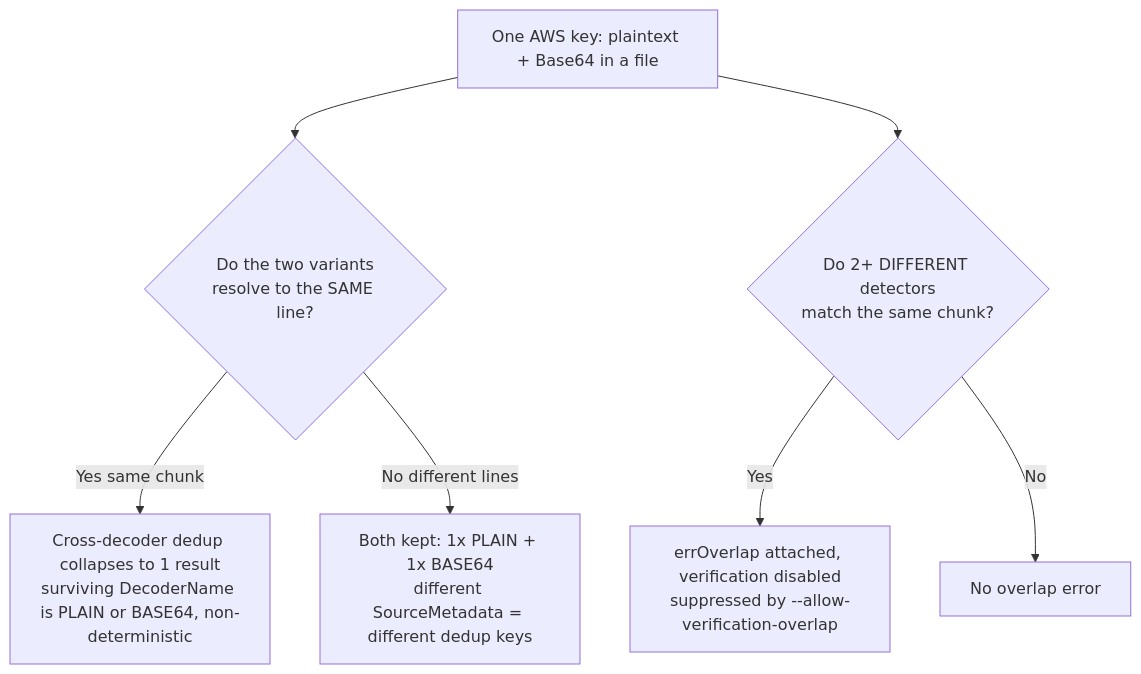
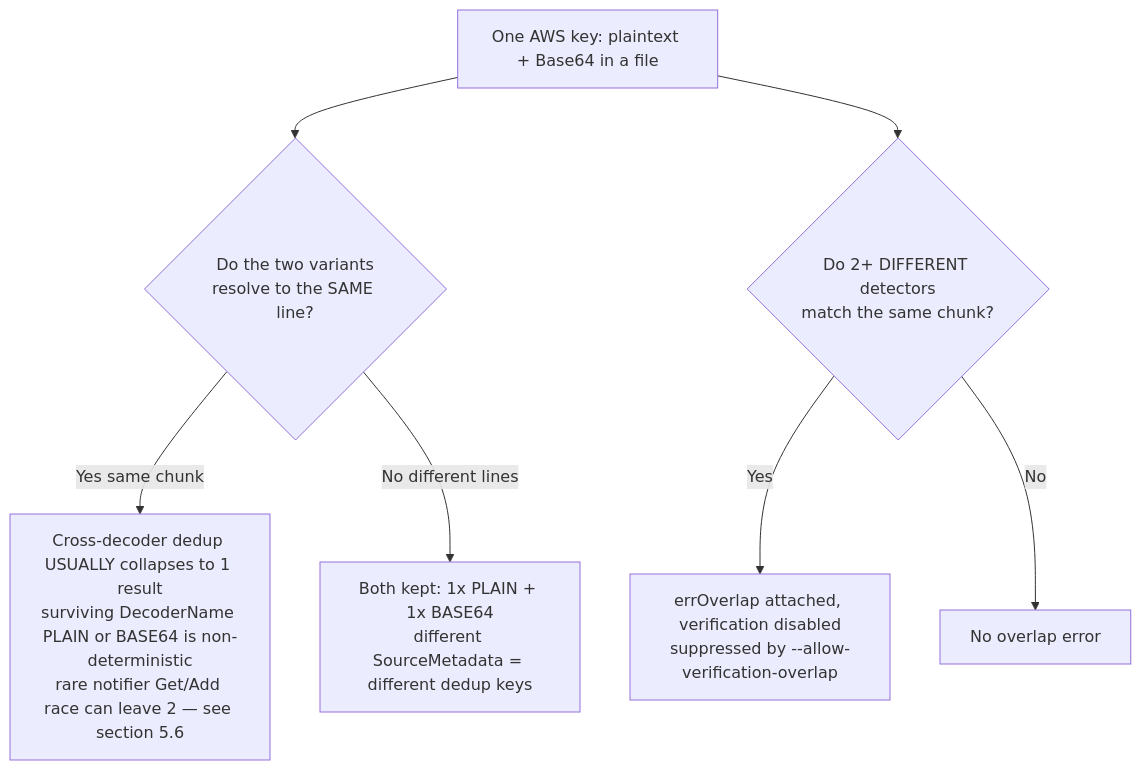
One commit to blitzy-research/trufflehog changed the second of 2 diagrams in blitzy/documentation/trufflehog_e42153d44a5e.md. Above: the diagram before and after it, drawn with Mermaid. The commit also changed other lines of this file, not shown here.

First line of the commit message:
docs: address review findings on TruffleHog decoder/overlap/dedup investigation

````diff
--- a/blitzy/documentation/trufflehog_e42153d44a5e.md
+++ b/blitzy/documentation/trufflehog_e42153d44a5e.md
@@ -525,9 +564,9 @@
 ```mermaid
 flowchart TD
     S[One AWS key: plaintext + Base64 in a file] --> Q1{Do the two variants<br/>resolve to the SAME line?}
-    Q1 -- Yes same chunk --> ONE[Cross-decoder dedup collapses to 1 result<br/>surviving DecoderName is PLAIN or BASE64, non-deterministic]
+    Q1 -- Yes same chunk --> ONE[Cross-decoder dedup USUALLY collapses to 1 result<br/>surviving DecoderName PLAIN or BASE64 is non-deterministic<br/>rare notifier Get/Add race can leave 2 — see section 5.6]
     Q1 -- No different lines --> TWO[Both kept: 1x PLAIN + 1x BASE64<br/>different SourceMetadata = different dedup keys]
     S --> Q2{Do 2+ DIFFERENT detectors<br/>match the same chunk?}
     Q2 -- Yes --> OV[errOverlap attached, verification disabled<br/>suppressed by --allow-verification-overlap]
     Q2 -- No --> NOOV[No overlap error]
 ```
````
